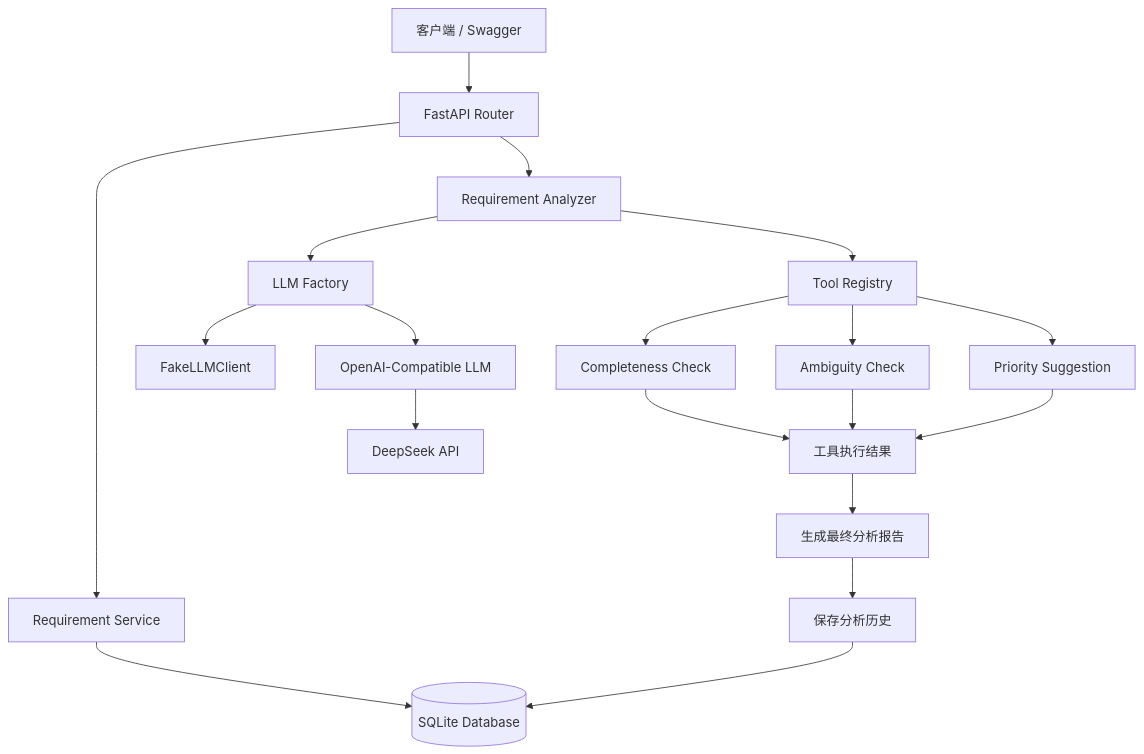
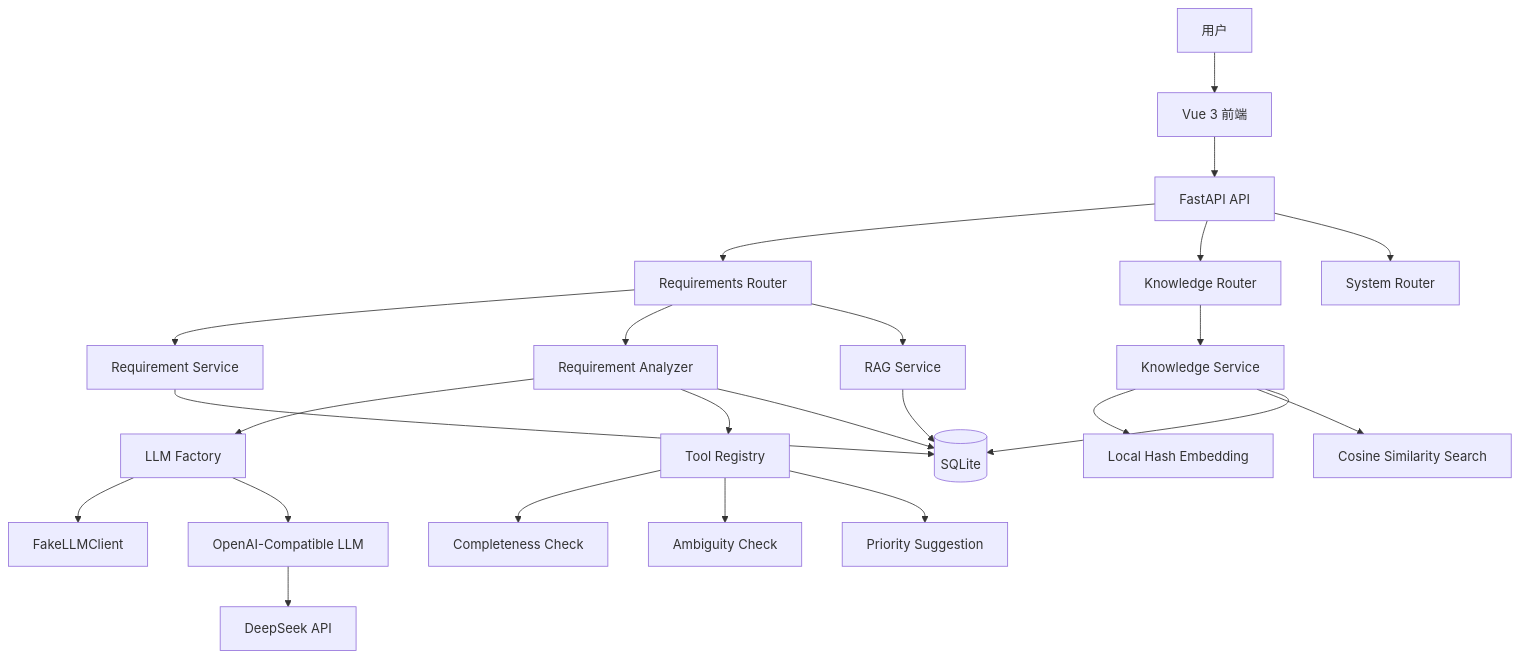
One commit to wgy2021/reqflow-agent changed the first of 3 diagrams in README.md. Above: the diagram before and after it, drawn with Mermaid. The commit also changed other lines of this file, not shown here.

````diff
--- a/README.md
+++ b/README.md
@@ -51,27 +129,32 @@
 ```mermaid
 flowchart TD
-    A[客户端 / Swagger] --> B[FastAPI Router]
+    U[用户] --> F[Vue 3 前端]
+    F --> API[FastAPI API]
 
-    B --> C[Requirement Service]
-    C --> D[(SQLite Database)]
+    API --> RR[Requirements Router]
+    API --> KR[Knowledge Router]
+    API --> SR[System Router]
 
-    B --> E[Requirement Analyzer]
+    RR --> RS[Requirement Service]
+    RR --> RA[Requirement Analyzer]
+    RR --> RAG[RAG Service]
 
-    E --> F[LLM Factory]
-    F --> G[FakeLLMClient]
-    F --> H[OpenAI-Compatible LLM]
-    H --> I[DeepSeek API]
+    KR --> KS[Knowledge Service]
+    KS --> EMB[Local Hash Embedding]
+    KS --> SEARCH[Cosine Similarity Search]
 
-    E --> J[Tool Registry]
-    J --> K[Completeness Check]
-    J --> L[Ambiguity Check]
-    J --> M[Priority Suggestion]
+    RA --> FACTORY[LLM Factory]
+    FACTORY --> FAKE[FakeLLMClient]
+    FACTORY --> REAL[OpenAI-Compatible LLM]
+    REAL --> DS[DeepSeek API]
 
-    K --> N[工具执行结果]
-    L --> N
-    M --> N
+    RA --> REG[Tool Registry]
+    REG --> C[Completeness Check]
+    REG --> A[Ambiguity Check]
+    REG --> P[Priority Suggestion]
 
-    N --> O[生成最终分析报告]
-    O --> P[保存分析历史]
-    P --> D
+    RS --> DB[(SQLite)]
+    KS --> DB
+    RAG --> DB
+    RA --> DB
 ```
````
